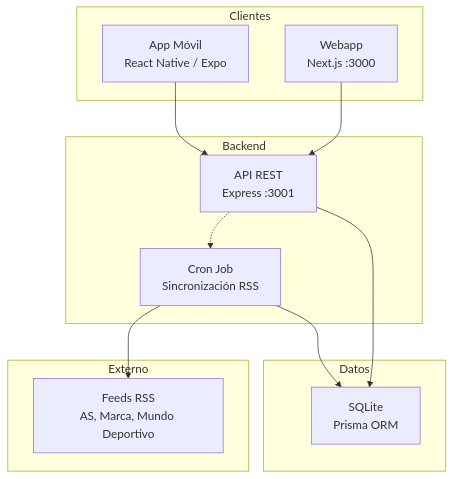
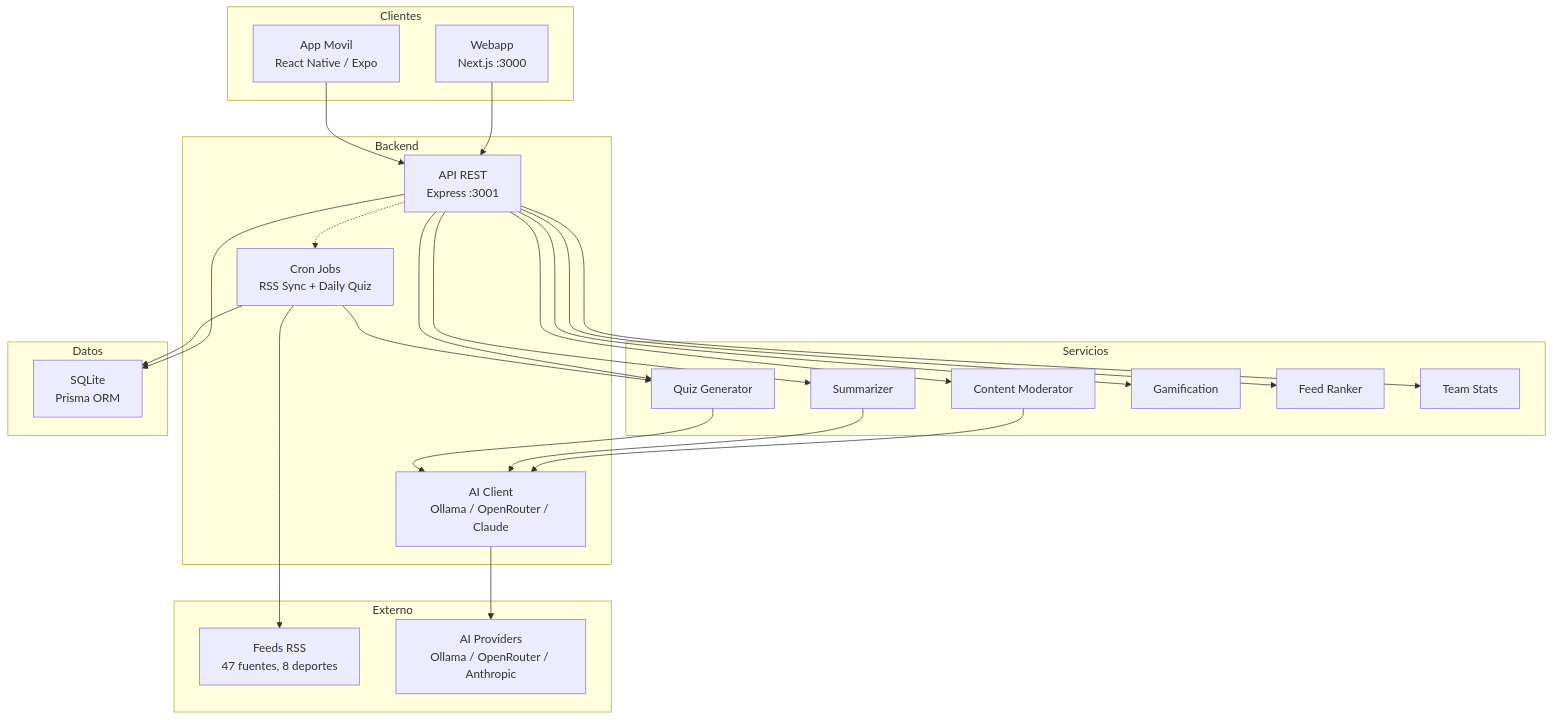
One commit to durdy48/SportyKids changed the first of 2 diagrams in docs/es/01-arquitectura.md. Above: the diagram before and after it, drawn with Mermaid. The commit also changed other lines of this file and 22 other files, not shown here.

````diff
--- a/docs/es/01-arquitectura.md
+++ b/docs/es/01-arquitectura.md
@@ -7,27 +9,49 @@
 ```mermaid
 graph TB
     subgraph "Clientes"
         WEB["Webapp<br/>Next.js :3000"]
-        MOBILE["App Móvil<br/>React Native / Expo"]
+        MOBILE["App Movil<br/>React Native / Expo"]
     end
 
     subgraph "Backend"
         API["API REST<br/>Express :3001"]
-        CRON["Cron Job<br/>Sincronización RSS"]
+        CRON["Cron Jobs<br/>RSS Sync + Daily Quiz"]
+        AI["AI Client<br/>Ollama / OpenRouter / Claude"]
+    end
+
+    subgraph "Servicios"
+        MOD["Content Moderator"]
+        SUM["Summarizer"]
+        QG["Quiz Generator"]
+        GAM["Gamification"]
+        RANK["Feed Ranker"]
+        TEAM["Team Stats"]
     end
 
     subgraph "Datos"
         DB["SQLite<br/>Prisma ORM"]
     end
 
     subgraph "Externo"
-        RSS["Feeds RSS<br/>AS, Marca, Mundo Deportivo"]
+        RSS["Feeds RSS<br/>47 fuentes, 8 deportes"]
+        AIPROV["AI Providers<br/>Ollama / OpenRouter / Anthropic"]
     end
 
     WEB --> API
     MOBILE --> API
     API --> DB
+    API --> MOD
+    API --> SUM
+    API --> QG
+    API --> GAM
+    API --> RANK
+    API --> TEAM
     CRON --> RSS
     CRON --> DB
+    CRON --> QG
+    MOD --> AI
+    SUM --> AI
+    QG --> AI
+    AI --> AIPROV
     API -.-> CRON
 ```
````
